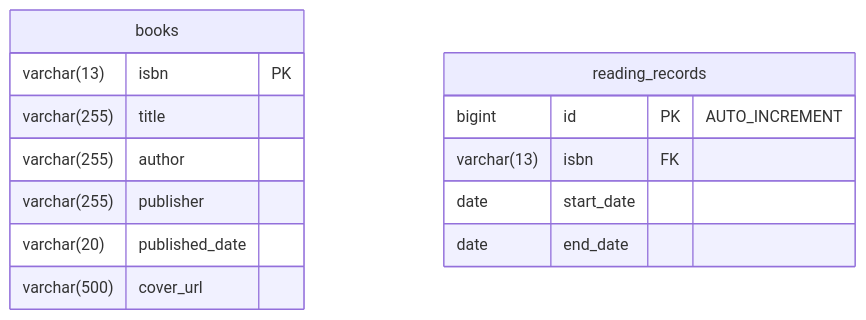
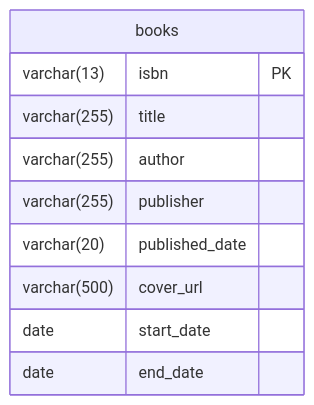
Before and after one commit to OKAS-polytech/bookLog: the diagram in docs/internal_design/physical_er_diagram.md, drawn with Mermaid. The commit also changed 2 other files, not shown here.

Commit message:
Fix database schema mismatch by explicitly defining column names
- Added @Column annotations to BookEntity to specify exact column names.
- Set spring.jpa.hibernate.ddl-auto=update to ensure the schema is automatically updated.
- Updated documentation to reflect the correct database structure.

````diff
--- a/docs/internal_design/physical_er_diagram.md
+++ b/docs/internal_design/physical_er_diagram.md
@@ -3,17 +3,13 @@
 ```mermaid
 erDiagram
     books {
         varchar(13) isbn PK
         varchar(255) title
         varchar(255) author
         varchar(255) publisher
         varchar(20) published_date
         varchar(500) cover_url
-    }
-    reading_records {
-        bigint id PK "AUTO_INCREMENT"
-        varchar(13) isbn FK
         date start_date
         date end_date
     }
 ```
````
